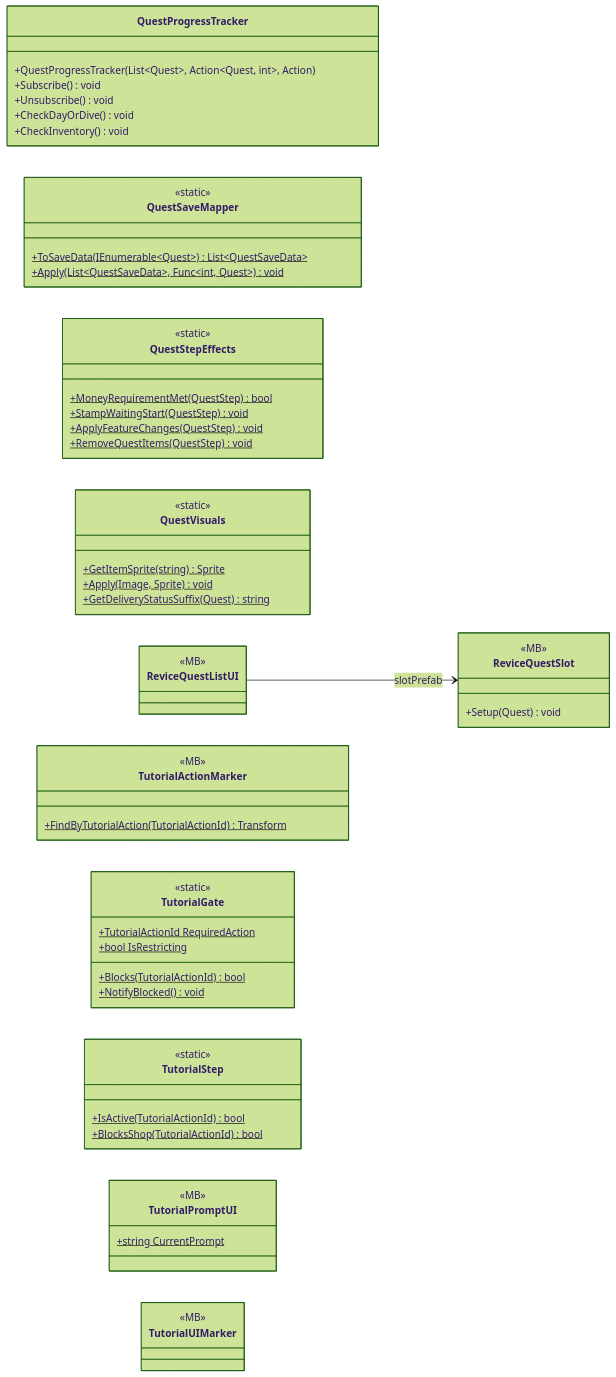
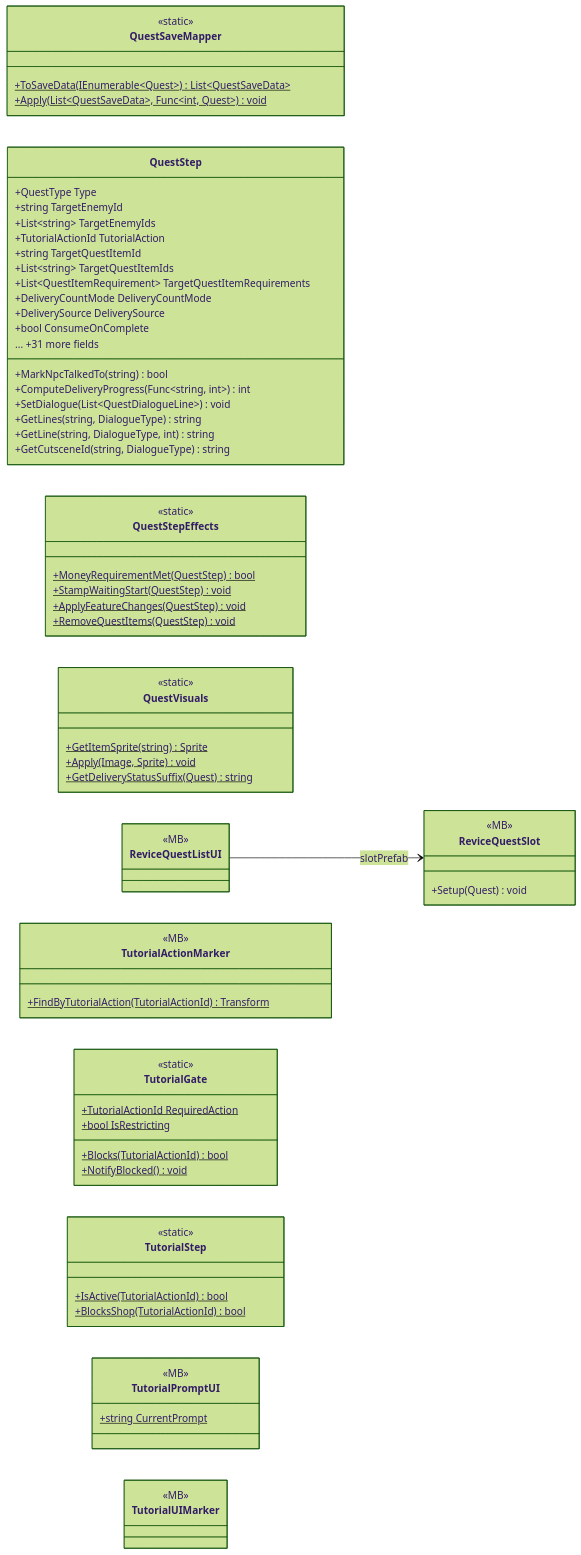
Before and after one commit to PhumipatWave/project-ocean: the second of 2 diagrams in docs/uml/modules/Gameplay_QuestSystems_Quest.md, drawn with Mermaid (forest theme). The commit also changed 256 other files, not shown here.

````diff
--- a/docs/uml/modules/Gameplay_QuestSystems_Quest.md
+++ b/docs/uml/modules/Gameplay_QuestSystems_Quest.md
@@ -253,60 +234,72 @@
 ```mermaid
 classDiagram
   direction LR
-  class QuestProgressTracker {
-    +QuestProgressTracker(List~Quest~, Action~Quest, int~, Action)
-    +Subscribe() void
-    +Unsubscribe() void
-    +CheckDayOrDive() void
-    +CheckInventory() void
-  }
   class QuestSaveMapper {
     <<static>>
     +ToSaveData(IEnumerable~Quest~)$ List~QuestSaveData~
     +Apply(List~QuestSaveData~, Func~int, Quest~)$ void
+  }
+  class QuestStep {
+    +QuestType Type
+    +string TargetEnemyId
+    +List~string~ TargetEnemyIds
+    +TutorialActionId TutorialAction
+    +string TargetQuestItemId
+    +List~string~ TargetQuestItemIds
+    +List~QuestItemRequirement~ TargetQuestItemRequirements
+    +DeliveryCountMode DeliveryCountMode
+    +DeliverySource DeliverySource
+    +bool ConsumeOnComplete
+    ... +31 more fields
+    +MarkNpcTalkedTo(string) bool
+    +ComputeDeliveryProgress(Func~string, int~) int
+    +SetDialogue(List~QuestDialogueLine~) void
+    +GetLines(string, DialogueType) string
+    +GetLine(string, DialogueType, int) string
+    +GetCutsceneId(string, DialogueType) string
   }
   class QuestStepEffects {
     <<static>>
     +MoneyRequirementMet(QuestStep)$ bool
     +StampWaitingStart(QuestStep)$ void
     +ApplyFeatureChanges(QuestStep)$ void
     +RemoveQuestItems(QuestStep)$ void
   }
   class QuestVisuals {
     <<static>>
     +GetItemSprite(string)$ Sprite
     +Apply(Image, Sprite)$ void
     +GetDeliveryStatusSuffix(Quest)$ string
   }
   class ReviceQuestListUI {
     <<MB>>
   }
   class ReviceQuestSlot {
     <<MB>>
     +Setup(Quest) void
   }
   class TutorialActionMarker {
     <<MB>>
     +FindByTutorialAction(TutorialActionId)$ Transform
   }
   class TutorialGate {
     <<static>>
     +TutorialActionId RequiredAction$
     +bool IsRestricting$
     +Blocks(TutorialActionId)$ bool
     +NotifyBlocked()$ void
   }
   class TutorialStep {
     <<static>>
     +IsActive(TutorialActionId)$ bool
     +BlocksShop(TutorialActionId)$ bool
   }
   class TutorialPromptUI {
     <<MB>>
     +string CurrentPrompt$
   }
   class TutorialUIMarker {
     <<MB>>
   }
   ReviceQuestListUI --> ReviceQuestSlot : slotPrefab
 ```
````
